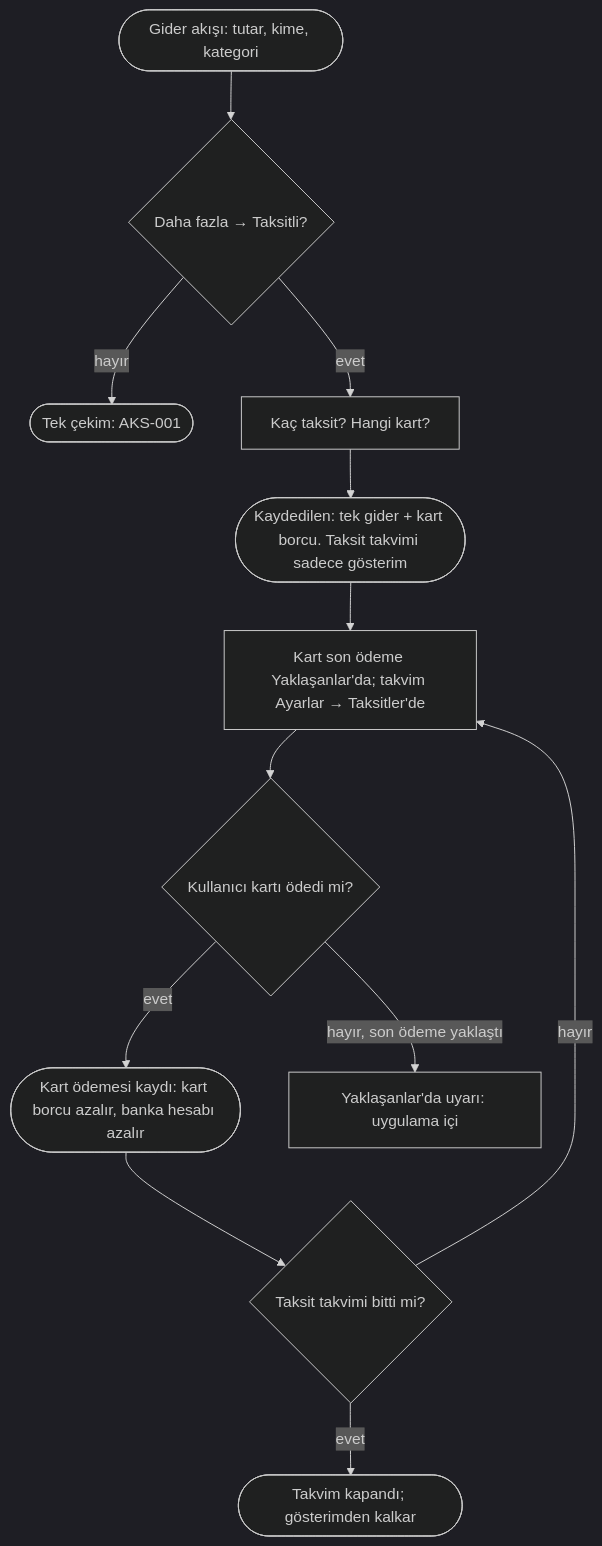
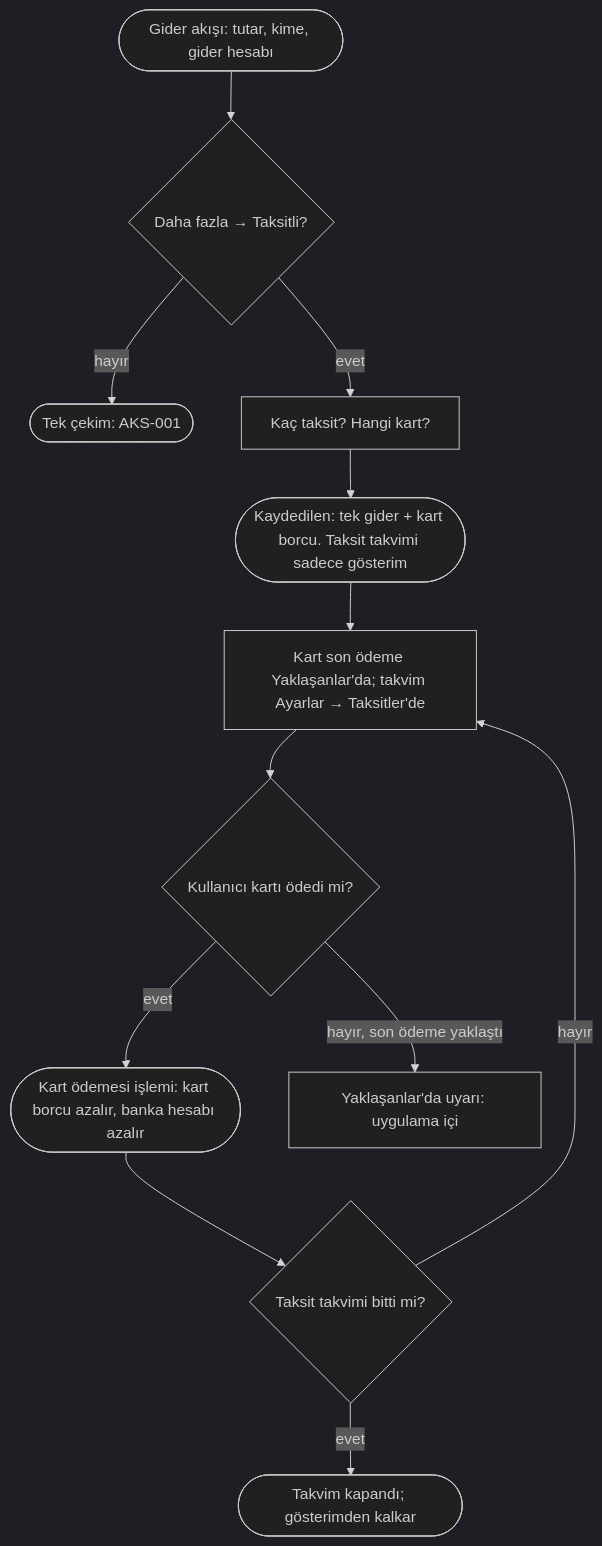
Before and after one commit to akderelianil/aa-finance: the diagram in docs/ux/akislar/AKS-007-taksitli-alisveris.md, drawn with Mermaid (dark theme). The commit also changed other lines of this file and 18 other files, not shown here.

````diff
--- a/docs/ux/akislar/AKS-007-taksitli-alisveris.md
+++ b/docs/ux/akislar/AKS-007-taksitli-alisveris.md
@@ -26,14 +26,14 @@
 ```mermaid
 flowchart TD
-  A([Gider akışı: tutar, kime, kategori]) --> B{Daha fazla → Taksitli?}
+  A([Gider akışı: tutar, kime, gider hesabı]) --> B{Daha fazla → Taksitli?}
   B -- hayır --> Z([Tek çekim: AKS-001])
   B -- evet --> C[Kaç taksit? Hangi kart?]
   C --> D([Kaydedilen: tek gider + kart borcu. Taksit takvimi sadece gösterim])
   D --> E[Kart son ödeme Yaklaşanlar'da; takvim Ayarlar → Taksitler'de]
   E --> F{Kullanıcı kartı ödedi mi?}
-  F -- evet --> G([Kart ödemesi kaydı: kart borcu azalır, banka hesabı azalır])
+  F -- evet --> G([Kart ödemesi işlemi: kart borcu azalır, banka hesabı azalır])
   F -- hayır, son ödeme yaklaştı --> H[Yaklaşanlar'da uyarı: uygulama içi]
   G --> I{Taksit takvimi bitti mi?}
   I -- hayır --> E
   I -- evet --> J([Takvim kapandı; gösterimden kalkar])
 ```
````
